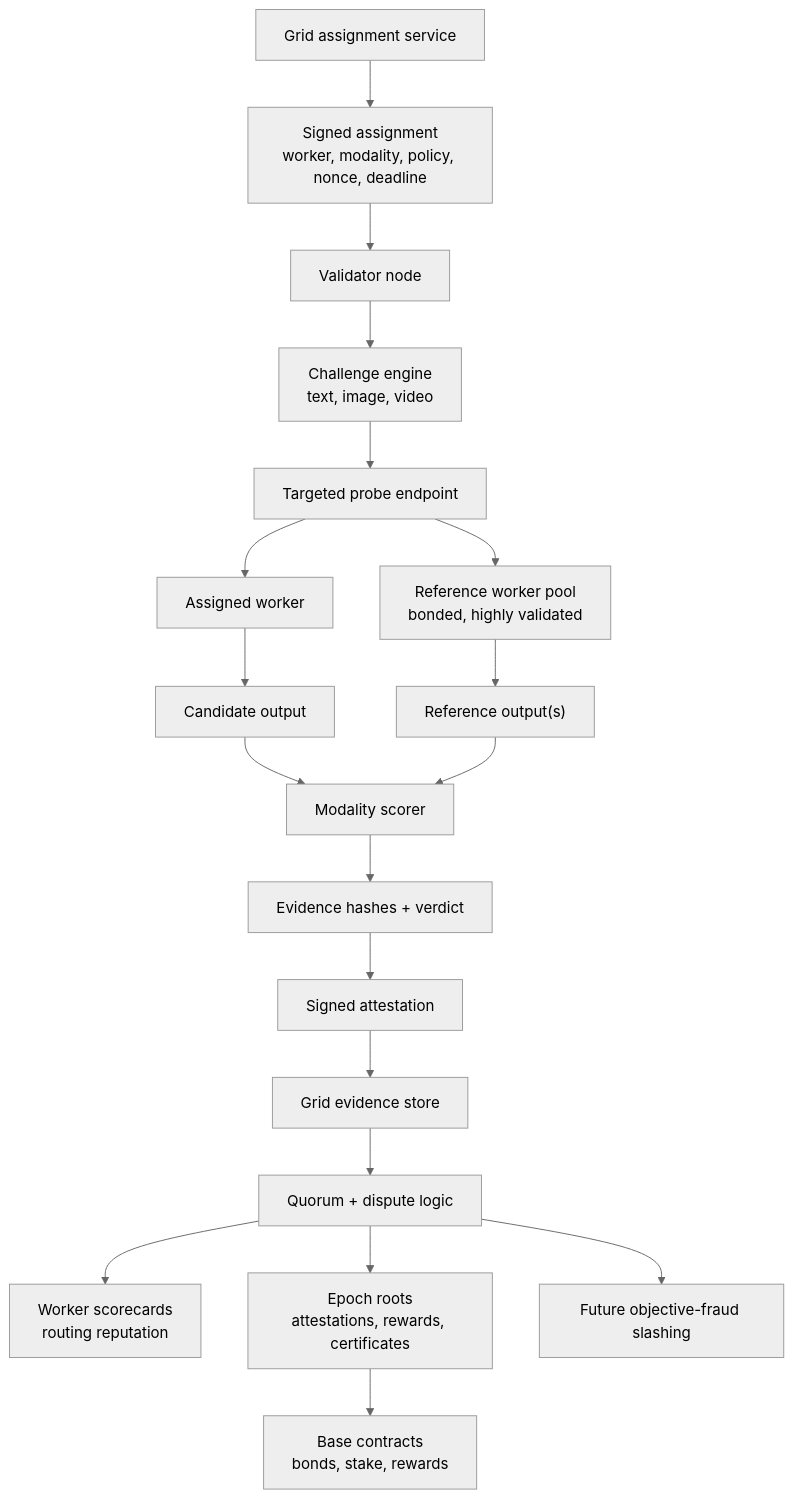
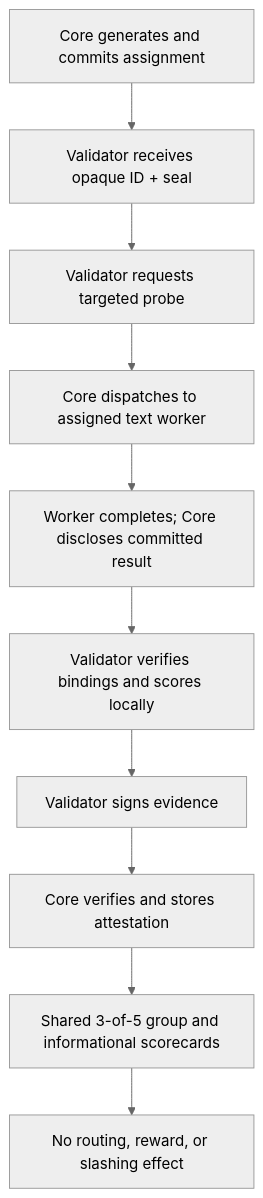
The diagram in pages/validator-node.mdx (AIPowerGrid/aipg-documentation), drawn with Mermaid (neutral theme) before and after one commit. The commit also changed other lines of this file and 1 other file, not shown here.

Commit message:
docs(validators): publish operator app guide and accurate preview flow (#11)

````diff
--- a/pages/validator-node.mdx
+++ b/pages/validator-node.mdx
@@ -46,21 +48,12 @@
 ```mermaid
 flowchart TD
-  A["Grid assignment service"] --> B["Signed assignment<br/>worker, modality, policy, nonce, deadline"]
-  B --> C["Validator node"]
-  C --> D["Challenge engine<br/>text, image, video"]
-  D --> E["Targeted probe endpoint"]
-  E --> F["Assigned worker"]
-  E --> G["Reference worker pool<br/>bonded, highly validated"]
-  F --> H["Candidate output"]
-  G --> I["Reference output(s)"]
-  H --> J["Modality scorer"]
-  I --> J
-  J --> K["Evidence hashes + verdict"]
-  K --> L["Signed attestation"]
-  L --> M["Grid evidence store"]
-  M --> N["Quorum + dispute logic"]
-  N --> O["Worker scorecards<br/>routing reputation"]
-  N --> P["Epoch roots<br/>attestations, rewards, certificates"]
-  P --> Q["Base contracts<br/>bonds, stake, rewards"]
-  N --> R["Future objective-fraud slashing"]
+  A["Core generates and commits assignment"] --> B["Validator receives opaque ID + seal"]
+  B --> C["Validator requests targeted probe"]
+  C --> D["Core dispatches to assigned text worker"]
+  D --> E["Worker completes; Core discloses committed result"]
+  E --> F["Validator verifies bindings and scores locally"]
+  F --> G["Validator signs evidence"]
+  G --> H["Core verifies and stores attestation"]
+  H --> I["Shared 3-of-5 group and informational scorecards"]
+  I --> J["No routing, reward, or slashing effect"]
 ```
````
